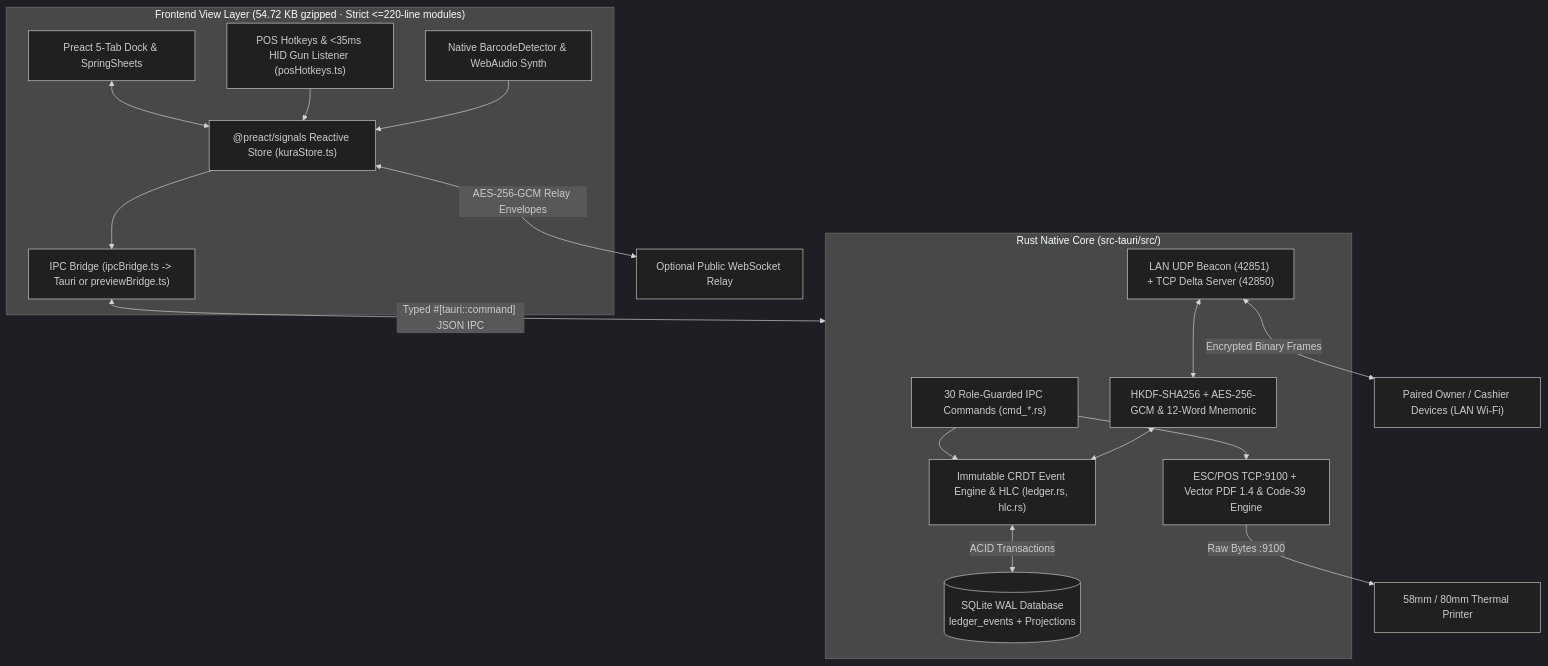
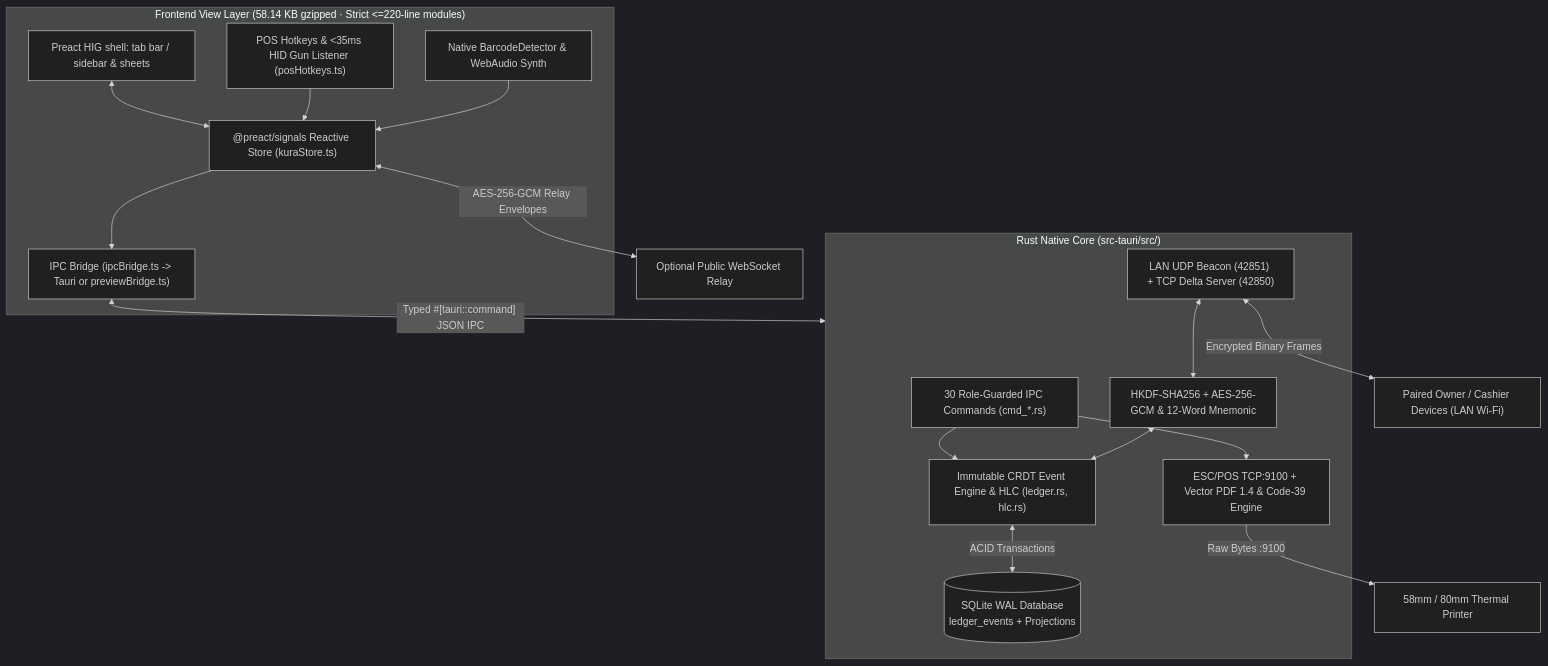
One commit to thisissufian/kura-shop-sync changed the first of 2 diagrams in README.md. Above: the diagram before and after it, drawn with Mermaid (dark theme). The commit also changed other lines of this file and 6 other files, not shown here.

````diff
--- a/README.md
+++ b/README.md
@@ -120,34 +132,34 @@
 ```mermaid
 flowchart TB
-    subgraph FE["Frontend View Layer (54.72 KB gzipped · Strict <=220-line modules)"]
-        UI["Preact 5-Tab Dock & SpringSheets"]
+    subgraph FE["Frontend View Layer (58.14 KB gzipped · Strict <=220-line modules)"]
+        UI["Preact HIG shell: tab bar / sidebar & sheets"]
         SIG["@preact/signals Reactive Store (kuraStore.ts)"]
         HOT["POS Hotkeys & <35ms HID Gun Listener (posHotkeys.ts)"]
         CAM["Native BarcodeDetector & WebAudio Synth"]
         BRG["IPC Bridge (ipcBridge.ts -> Tauri or previewBridge.ts)"]
         UI <--> SIG
         HOT --> SIG
         CAM --> SIG
         SIG --> BRG
     end
 
     BRG <-->|"Typed #[tauri::command] JSON IPC"| CORE
 
     subgraph CORE["Rust Native Core (src-tauri/src/)"]
         CMD["30 Role-Guarded IPC Commands (cmd_*.rs)"]
         LED["Immutable CRDT Event Engine & HLC (ledger.rs, hlc.rs)"]
         SQL[("SQLite WAL Database\nledger_events + Projections")]
         CRP["HKDF-SHA256 + AES-256-GCM & 12-Word Mnemonic"]
         LAN["LAN UDP Beacon (42851) + TCP Delta Server (42850)"]
         PRT["ESC/POS TCP:9100 + Vector PDF 1.4 & Code-39 Engine"]
         CMD --> LED
         LED <-->|"ACID Transactions"| SQL
         CMD --> PRT
         LAN <--> CRP
         CRP <--> LED
     end
 
     LAN <-->|"Encrypted Binary Frames"| PEER["Paired Owner / Cashier Devices (LAN Wi-Fi)"]
     SIG <-->|"AES-256-GCM Relay Envelopes"| WS["Optional Public WebSocket Relay"]
     PRT -->|"Raw Bytes :9100"| PRN["58mm / 80mm Thermal Printer"]
 ```
````
